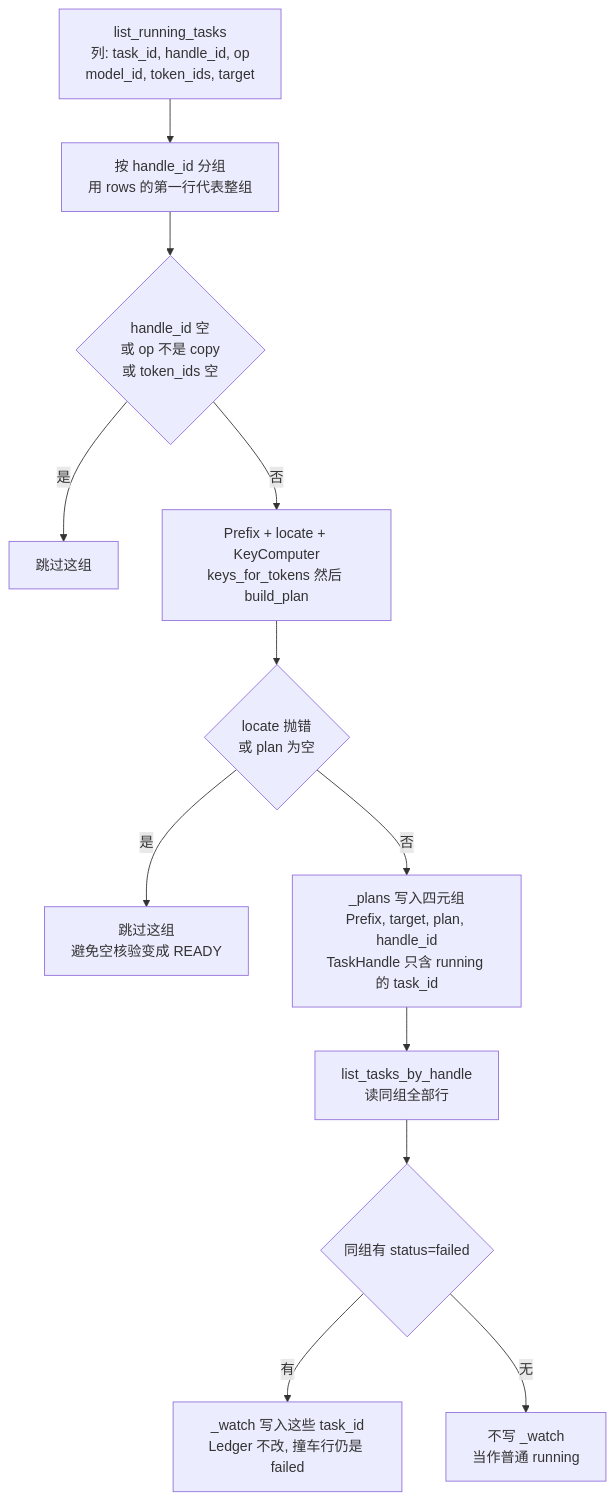
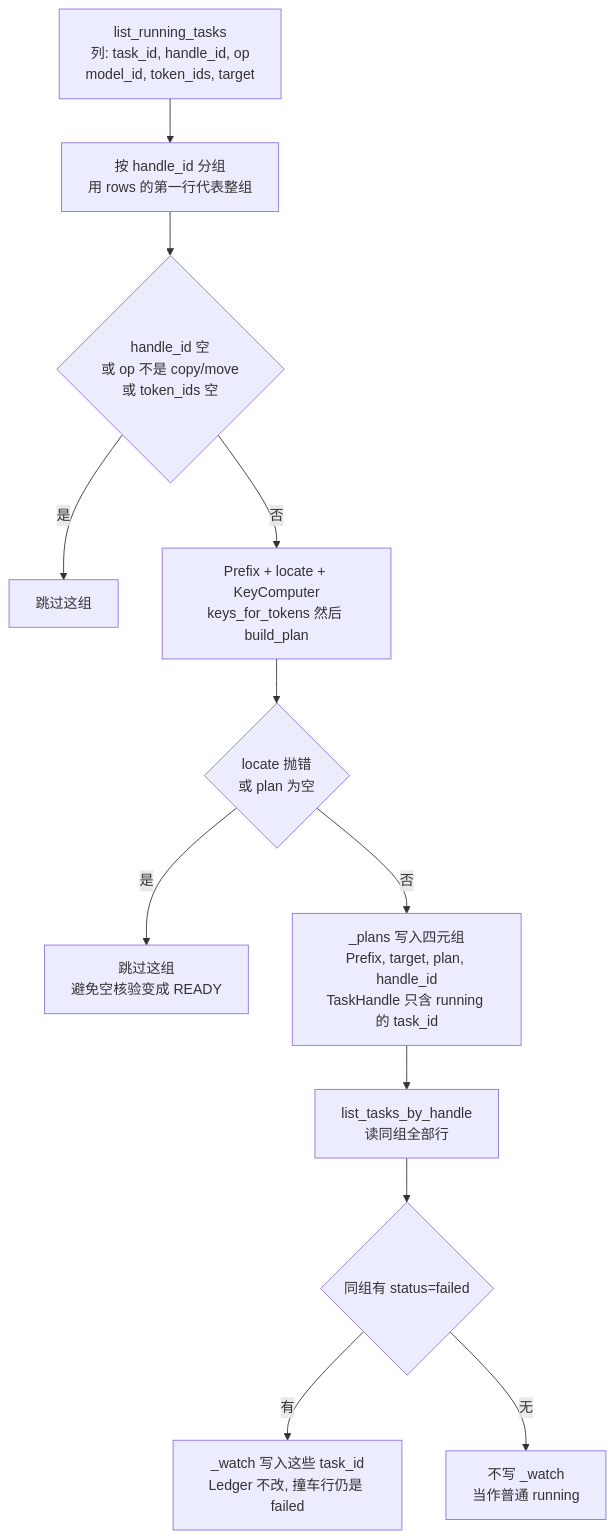
Before and after one commit to 5x8-40/lake: the sixth of 7 diagrams in kvcm/design/code-architecture.md, drawn with Mermaid. The commit also changed other lines of this file and 35 other files, not shown here.

````diff
--- a/kvcm/design/code-architecture.md
+++ b/kvcm/design/code-architecture.md
@@ -409,23 +419,23 @@
 ```mermaid
 flowchart TD
     In["list_running_tasks<br/>列: task_id, handle_id, op<br/>model_id, token_ids, target"]
     Group["按 handle_id 分组<br/>用 rows 的第一行代表整组"]
-    Gate1{"handle_id 空<br/>或 op 不是 copy<br/>或 token_ids 空"}
+    Gate1{"handle_id 空<br/>或 op 不是 copy/move<br/>或 token_ids 空"}
     Skip1["跳过这组"]
     Calc["Prefix + locate + KeyComputer<br/>keys_for_tokens 然后 build_plan"]
     Gate2{"locate 抛错<br/>或 plan 为空"}
     Skip2["跳过这组<br/>避免空核验变成 READY"]
     Plans["_plans 写入四元组<br/>Prefix, target, plan, handle_id<br/>TaskHandle 只含 running 的 task_id"]
     Sib["list_tasks_by_handle<br/>读同组全部行"]
     Gate3{"同组有 status=failed"}
     ToWatch["_watch 写入这些 task_id<br/>Ledger 不改, 撞车行仍是 failed"]
     ToRun["不写 _watch<br/>当作普通 running"]
 
     In --> Group --> Gate1
     Gate1 -->|是| Skip1
     Gate1 -->|否| Calc --> Gate2
     Gate2 -->|是| Skip2
     Gate2 -->|否| Plans --> Sib --> Gate3
     Gate3 -->|有| ToWatch
     Gate3 -->|无| ToRun
 ```
````
